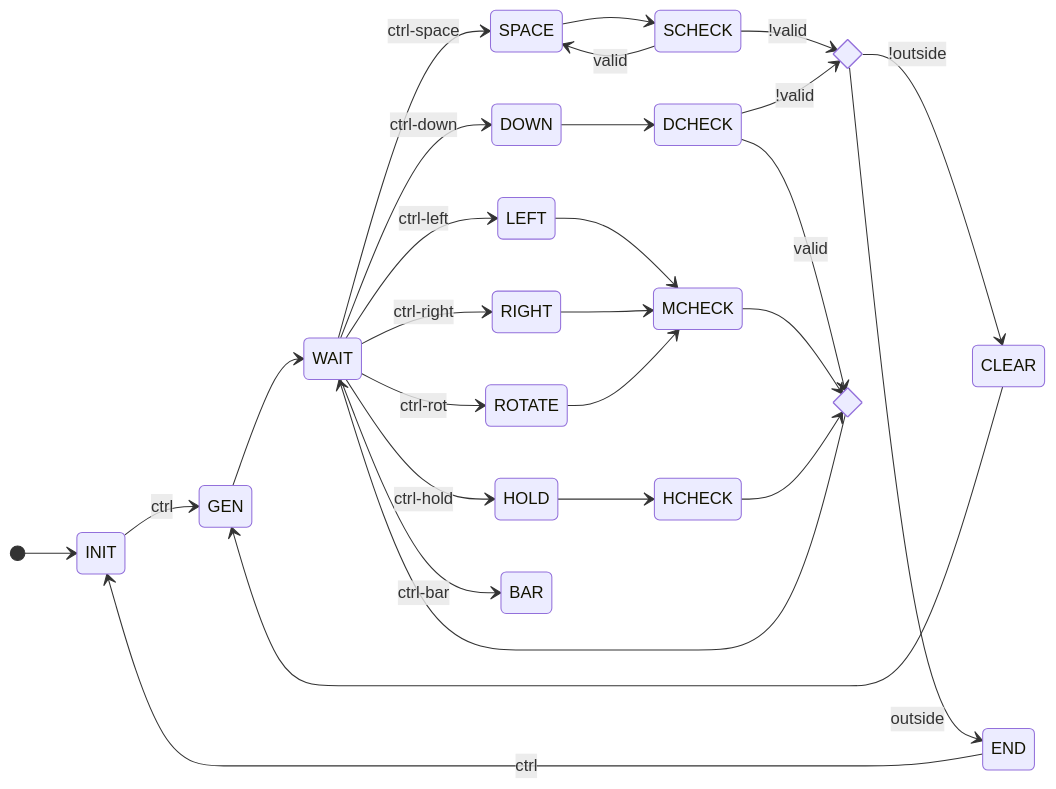
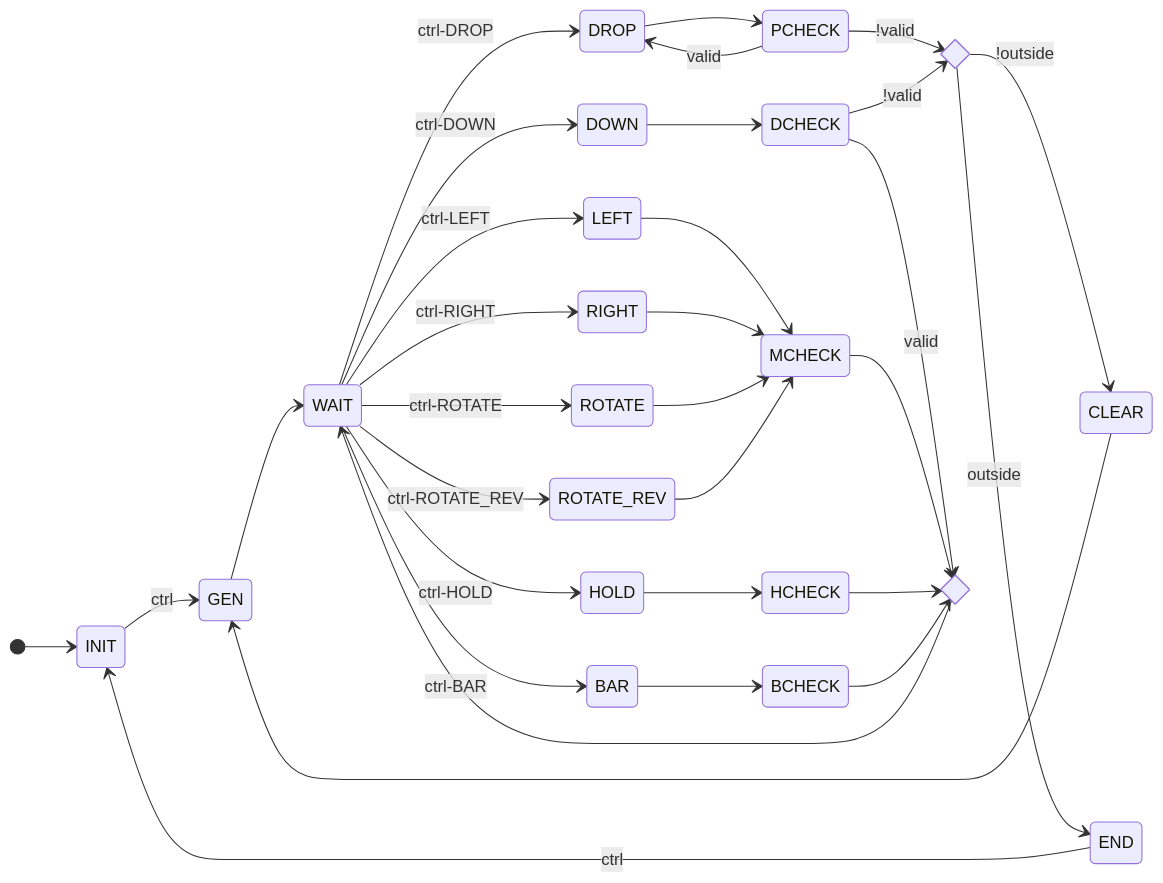
One commit to nella17/NYCU-DCLab-2022-Final changed the third of 4 diagrams in README.md. Above: the diagram before and after it, drawn with Mermaid. The commit also changed other lines of this file and 3 other files, not shown here.

````diff
--- a/README.md
+++ b/README.md
@@ -60,33 +80,37 @@
 ```mermaid
 stateDiagram-v2
 direction LR
 [*] --> INIT
 INIT --> GEN    : ctrl
 GEN --> WAIT
-WAIT --> SPACE  : ctrl-space
-WAIT --> DOWN   : ctrl-down
-WAIT --> LEFT   : ctrl-left
-WAIT --> RIGHT  : ctrl-right
-WAIT --> ROTATE : ctrl-rot
-WAIT --> HOLD   : ctrl-hold
-WAIT --> BAR    : ctrl-bar
-SPACE --> SCHECK
+WAIT --> DROP   : ctrl-DROP
+WAIT --> DOWN   : ctrl-DOWN
+WAIT --> LEFT   : ctrl-LEFT
+WAIT --> RIGHT  : ctrl-RIGHT
+WAIT --> ROTATE : ctrl-ROTATE
+WAIT --> ROTATE_REV : ctrl-ROTATE_REV
+WAIT --> HOLD   : ctrl-HOLD
+WAIT --> BAR    : ctrl-BAR
+DROP --> PCHECK
 DOWN --> DCHECK
 LEFT --> MCHECK
 RIGHT --> MCHECK
 ROTATE --> MCHECK
+ROTATE_REV --> MCHECK
 HOLD --> HCHECK
-SCHECK --> SPACE     : valid
+BAR --> BCHECK
+PCHECK --> DROP     : valid
 state CLEAR_END <<choice>>
 state WAIT_ <<choice>>
-SCHECK --> CLEAR_END : !valid
+PCHECK --> CLEAR_END : !valid
 DCHECK --> CLEAR_END : !valid
 DCHECK --> WAIT_     : valid
 MCHECK --> WAIT_
 HCHECK --> WAIT_
+BCHECK --> WAIT_
 WAIT_ --> WAIT
 CLEAR_END --> CLEAR  : !outside
 CLEAR_END --> END    : outside
 END --> INIT         : ctrl
 CLEAR --> GEN
 ```
````
